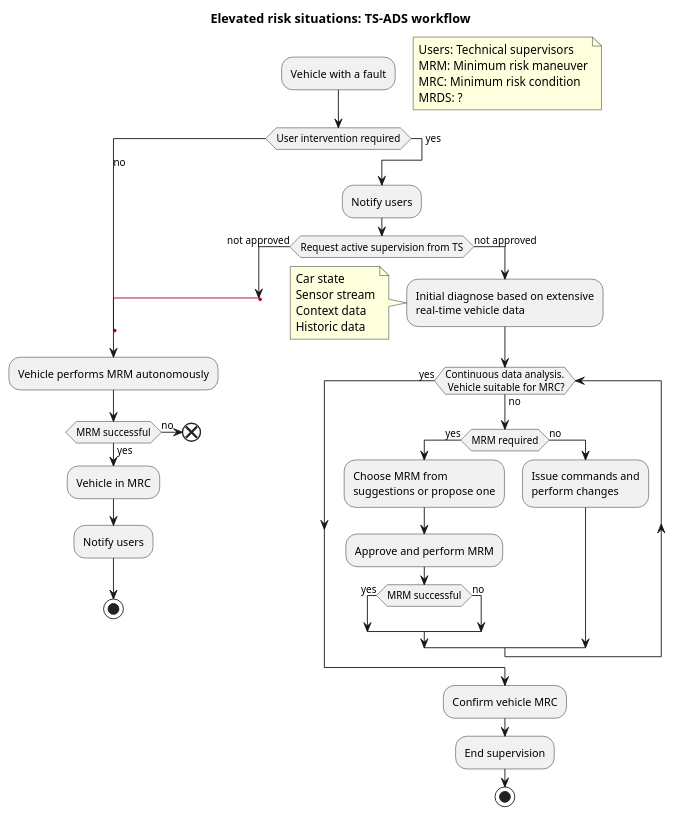
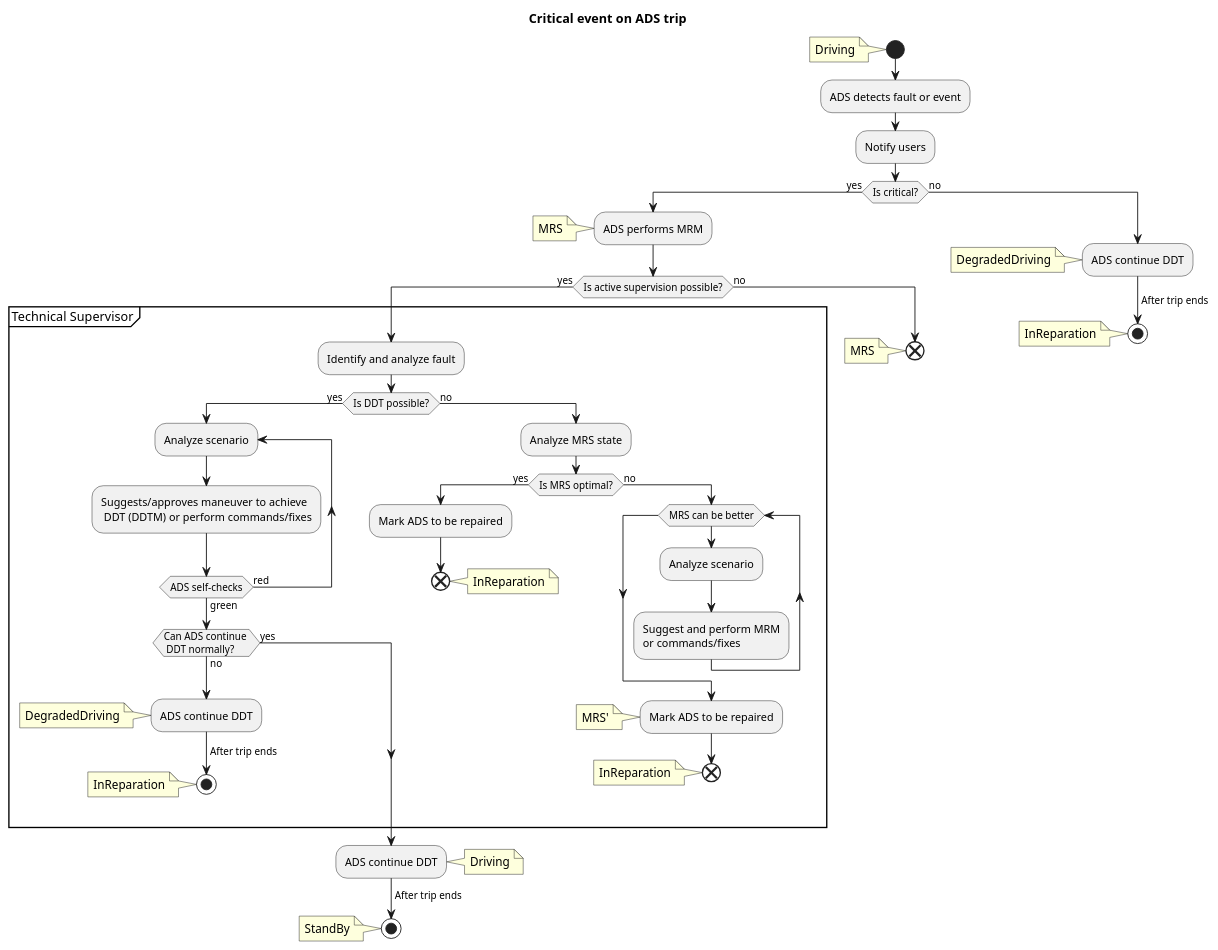
One commit to bruno-motorai/uml changed the diagram in vehicles/elevated_risk_situation.pu. Above: the diagram before and after it, drawn with PlantUML. The commit also changed 1 other file, not shown here.

Commit message:
Remove unused version of ERS diagram

```diff
--- a/vehicles/elevated_risk_situation.pu
+++ b/vehicles/elevated_risk_situation.pu
@@ -1,77 +1,83 @@
 @startuml "ADS fault"
+<style>
+note {
+  .red {
+        BackgroundColor red
+   }
+}
+</style>
 
 skinparam ConditionEndStyle hline
-title Elevated risk situations: TS-ADS workflow
+title Critical event on ADS trip
 
-:Vehicle with a fault;
+start
+note left: Driving
 
-floating note right
-    Users: Technical supervisors
-    MRM: Minimum risk maneuver
-    MRC: Minimum risk condition
-    MRDS: ?
-end note
+:ADS detects fault or event;
+:Notify users;
 
-switch (User intervention required)
+if (Is critical?) equals(yes) then
+    :ADS performs MRM;
+    note left: MRS
 
-case (no)
-    label space_label_1
-    label space_label_2
-    label space_label_3
-    label space_label_5
-    label space_label_5
-    label autonomous_mrm
-    :Vehicle performs MRM autonomously;
+    if(Is active supervision possible?) equals (yes) then
 
-    if(MRM successful) equals (yes) then
-        :Vehicle in MRC;
-        :Notify users;
-    else (no)
-        end
-    endif
-    stop
+        group Technical Supervisor
+            :Identify and analyze fault;
+            if(Is DDT possible?) equals (yes) then
 
-case (yes)
-    :Notify users;
+                repeat :Analyze scenario;
+                :Suggests/approves maneuver to achieve\n DDT (DDTM) or perform commands/fixes;
+                repeat while (ADS self-checks) is (red) not (green)
 
-    if (Request active supervision from TS) equals (not approved) then
-        label not_approved
-        goto autonomous_mrm
-
-    else (not approved)
-
-        :Initial diagnose based on extensive
-        real-time vehicle data;
-        
-        note left
-            Car state
-            Sensor stream
-            Context data
-            Historic data
-        end note
-
-        while(Continuous data analysis.\n Vehicle suitable for MRC?) is (no)
-            if (MRM required) equals (yes) then
-                :Choose MRM from
-                suggestions or propose one;
-                :Approve and perform MRM;
-
-                if(MRM successful) equals (yes) then
+                if (Can ADS continue \n DDT normally?) equals (no) then
+                    label aux_label
+                    :ADS continue DDT;
+                    note left: DegradedDriving
+                    -> After trip ends;
+                    stop
+                    note left: InReparation
+                else (yes)
+                endif
+                
+            else (no)
+                :Analyze MRS state;
+                if (Is MRS optimal?) equals (yes) then
+                    :Mark ADS to be repaired;
+                    end
+                    note right: InReparation
                 else (no)
+                    while (MRS can be better)
+                        :Analyze scenario;
+                        :Suggest and perform MRM 
+                        or commands/fixes;
+                    endwhile
+                    :Mark ADS to be repaired;
+                    note left: MRS'
+                    end
+                    note left: InReparation
                 endif
-
-            else (no)
-                :Issue commands and
-                perform changes;
             endif
 
-        endwhile (yes)
-
-        :Confirm vehicle MRC;
-        :End supervision;
-
+            
+        end group                
+        
+        :ADS continue DDT;
+        note right: Driving
+        -> After trip ends;
         stop
+        note left: StandBy
+    else (no)
+        label space_label
+        end
+        note left: MRS
     endif
-
-
+else (no)
+    label degraded_ddt
+    :ADS continue DDT;
+    note left: DegradedDriving
+    -> After trip ends;
+    stop
+    note left: InReparation
+endif
 @enduml
```
